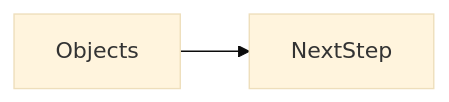
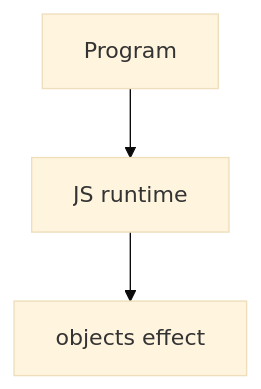
Before and after one commit to OmidJavaherii/Frontend-Engineering-Handbook: the second of 2 diagrams in docs/en/06-javascript/objects/index.md, drawn with Mermaid (base theme). The commit also changed other lines of this file and 461 other files, not shown here.

````diff
--- a/docs/en/06-javascript/objects/index.md
+++ b/docs/en/06-javascript/objects/index.md
@@ -94,4 +107,5 @@
 ```mermaid
-flowchart LR
-  concept[Objects] --> nextStep[NextStep]
+flowchart TD
+  Code[Program] --> Runtime[JS runtime]
+  Runtime --> Effect[objects effect]
 ```
````
